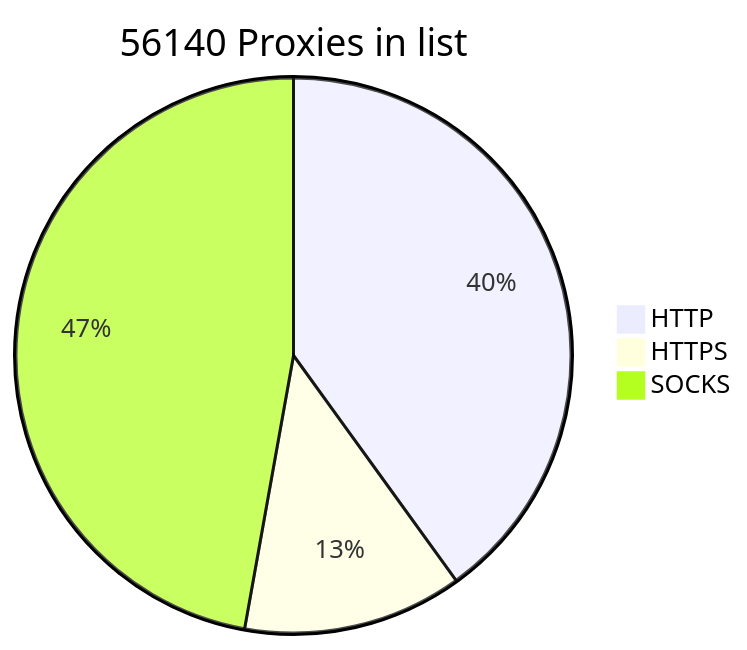
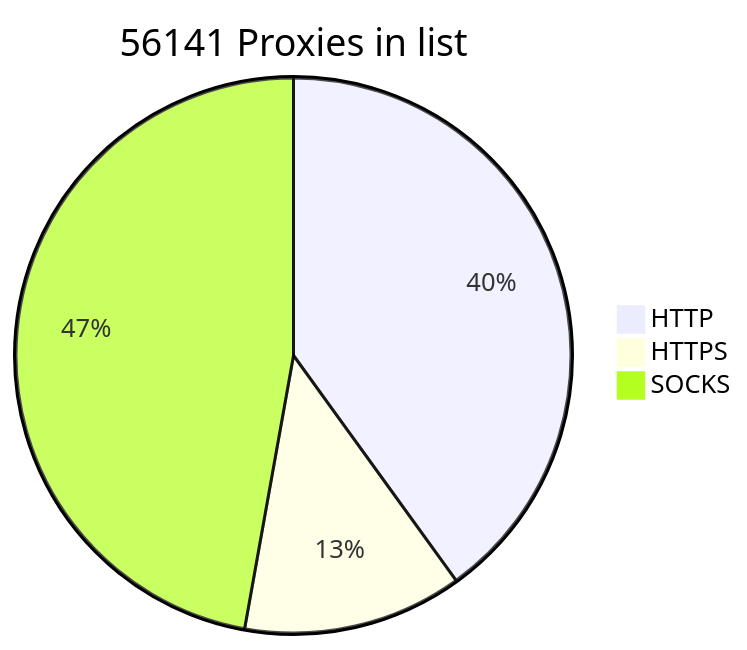
One commit to BlackSnowDot/proxylist-update-every-minute changed the diagram in README.md. Above: the diagram before and after it, drawn with Mermaid.

````diff
--- a/README.md
+++ b/README.md
@@ -2,6 +2,6 @@
 ```mermaid
-pie title 56140 Proxies in list
+pie title 56141 Proxies in list
     "HTTP" : 25220
     "HTTPS": 8049
-    "SOCKS" : 29716
+    "SOCKS" : 29717
 ```
````
